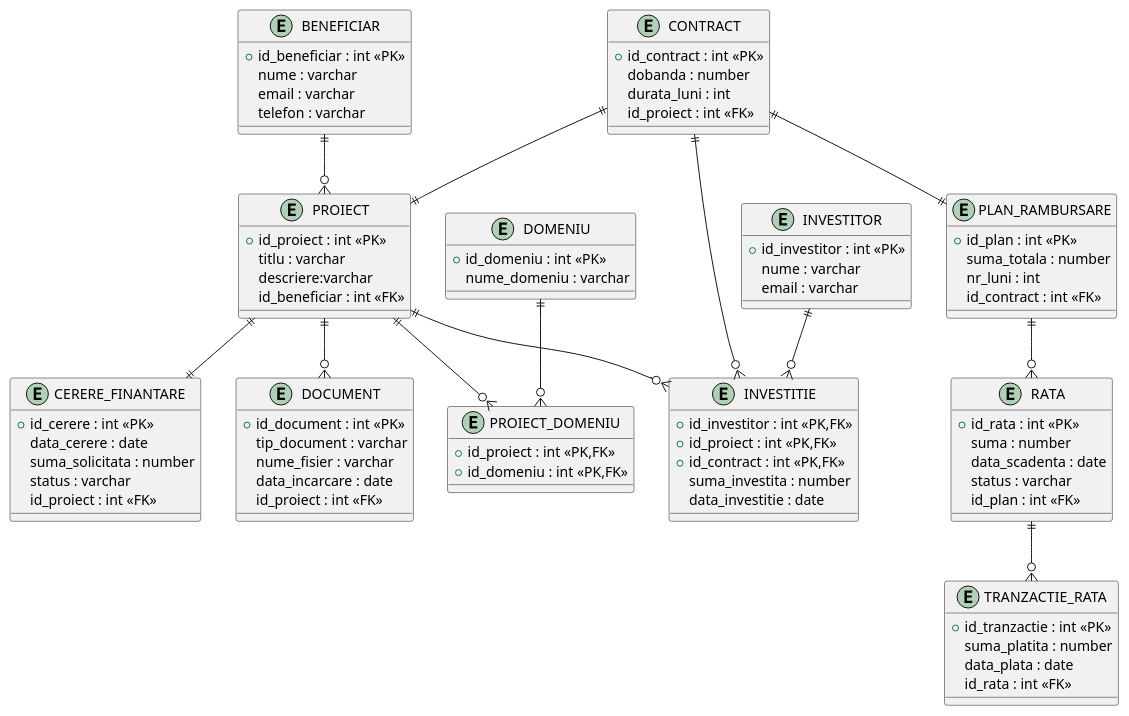
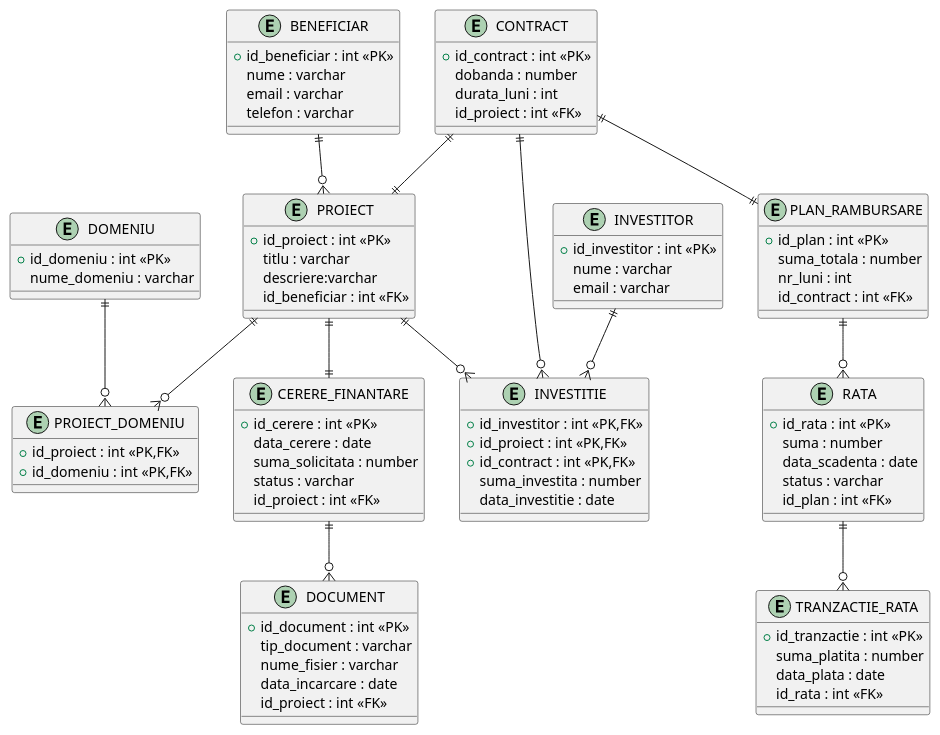
The diagram in conceptual.puml (Andreea2505/Platfforma-Microfinantare), drawn with PlantUML before and after one commit.

```diff
--- a/conceptual.puml
+++ b/conceptual.puml
@@ -1,102 +1,102 @@
 @startuml microfinantare
 entity BENEFICIAR {
   +id_beneficiar : int <<PK>>
   nume : varchar
   email : varchar
   telefon : varchar
 }
 
 entity INVESTITOR {
   +id_investitor : int <<PK>>
   nume : varchar
   email : varchar
   
 }
 
 entity PROIECT {
   +id_proiect : int <<PK>>
   titlu : varchar
   descriere:varchar
   id_beneficiar : int <<FK>>
 }
 
 entity CERERE_FINANTARE {
   +id_cerere : int <<PK>>
   data_cerere : date
   suma_solicitata : number
   status : varchar
   id_proiect : int <<FK>>
 }
 
 entity CONTRACT {
   +id_contract : int <<PK>>
   dobanda : number
   durata_luni : int
   id_proiect : int <<FK>>
 }
 
 entity INVESTITIE {
   +id_investitor : int <<PK,FK>>
   +id_proiect : int <<PK,FK>>
   +id_contract : int <<PK,FK>>
   suma_investita : number
   data_investitie : date
 }
 
 entity PLAN_RAMBURSARE {
   +id_plan : int <<PK>>
   suma_totala : number
   nr_luni : int
   id_contract : int <<FK>>
 }
 
 entity RATA {
   +id_rata : int <<PK>>
   suma : number
   data_scadenta : date
   status : varchar
   id_plan : int <<FK>>
 }
 
 
 entity DOMENIU {
   +id_domeniu : int <<PK>>
   nume_domeniu : varchar
 }
 
 entity PROIECT_DOMENIU {
   +id_proiect : int <<PK,FK>>
   +id_domeniu : int <<PK,FK>>
 }
 entity TRANZACTIE_RATA {
   +id_tranzactie : int <<PK>>
   suma_platita : number
   data_plata : date
   id_rata : int <<FK>>
 }
 
 entity DOCUMENT {
   +id_document : int <<PK>>
   tip_document : varchar
   nume_fisier : varchar
   data_incarcare : date
   id_proiect : int <<FK>>
 }
 BENEFICIAR ||--o{ PROIECT
 PROIECT ||--|| CERERE_FINANTARE
 
 INVESTITOR ||--o{ INVESTITIE
 PROIECT ||--o{ INVESTITIE
 CONTRACT ||--o{ INVESTITIE
 
 CONTRACT ||--|| PLAN_RAMBURSARE
 CONTRACT ||--|| PROIECT
 PLAN_RAMBURSARE ||--o{ RATA
 
 PROIECT ||--o{ PROIECT_DOMENIU
 DOMENIU ||--o{ PROIECT_DOMENIU
 
 RATA ||--o{ TRANZACTIE_RATA
-PROIECT ||--o{ DOCUMENT
+CERERE_FINANTARE ||--o{ DOCUMENT
 
 @enduml
```
